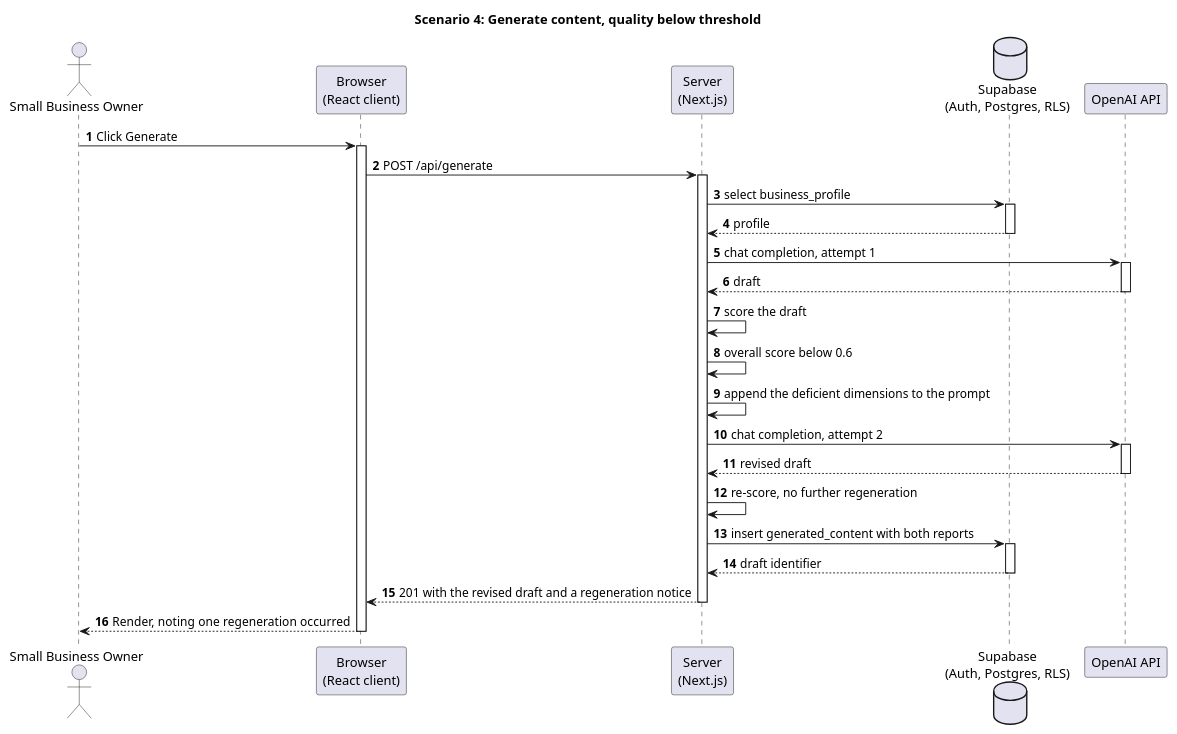
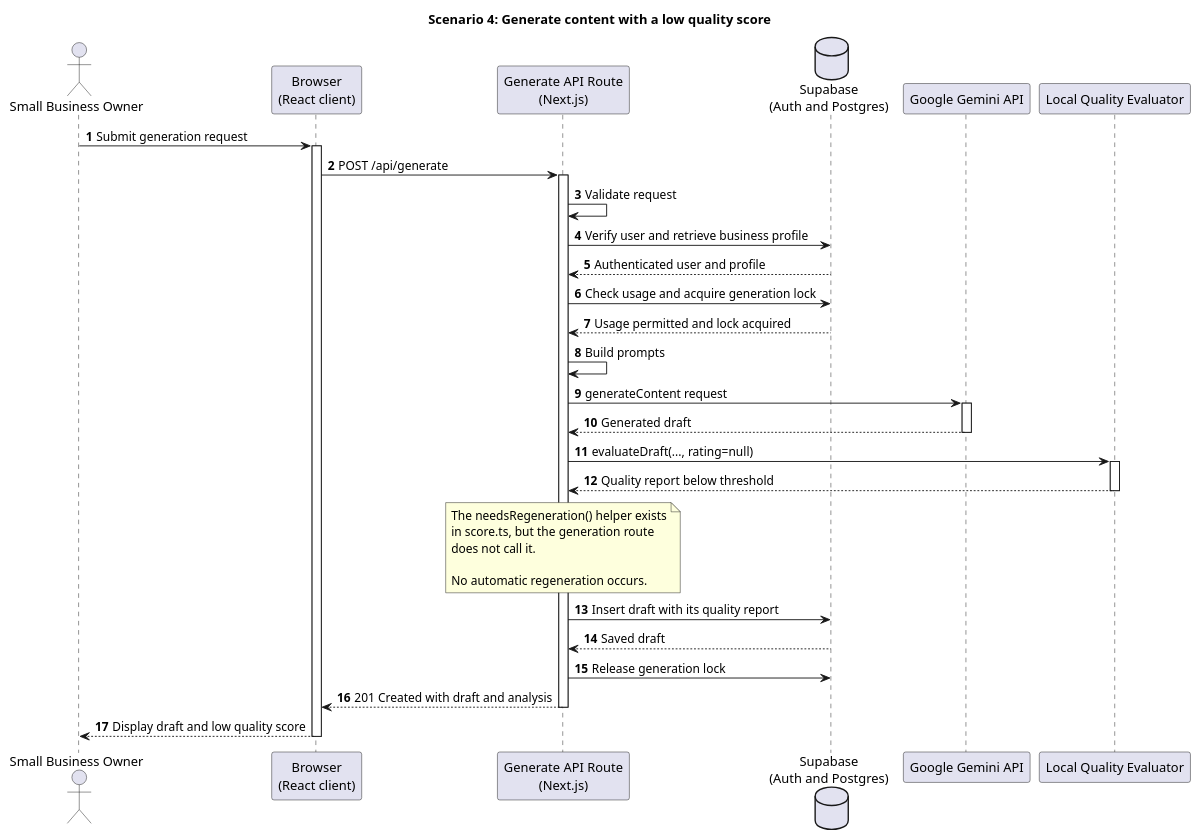
Before and after one commit to sub0xdai/vic-uni-capstone: the fourth of 5 diagrams in docs/sections/05-sequence-diagrams.md, drawn with PlantUML. The commit also changed other lines of this file and 7 other files, not shown here.

First line of the commit message:
docs: correct and render sequence diagrams (G1)

````diff
--- a/docs/sections/05-sequence-diagrams.md
+++ b/docs/sections/05-sequence-diagrams.md
@@ -165,47 +189,55 @@
 ```plantuml
 @startuml
-title Scenario 4: Generate content, quality below threshold
+title Scenario 4: Generate content with a low quality score
 autonumber
 
-actor       "Small Business Owner"            as User
-participant "Browser\n(React client)"         as Browser
-participant "Server\n(Next.js)"               as Server
-database    "Supabase\n(Auth, Postgres, RLS)" as Supabase
-participant "OpenAI API"                      as OpenAI
+actor "Small Business Owner" as User
+participant "Browser\n(React client)" as Browser
+participant "Generate API Route\n(Next.js)" as Server
+database "Supabase\n(Auth and Postgres)" as DB
+participant "Google Gemini API" as Gemini
+participant "Local Quality Evaluator" as Evaluator
 
-User    -> Browser : Click Generate
+User -> Browser: Submit generation request
 activate Browser
-Browser -> Server  : POST /api/generate
+Browser -> Server: POST /api/generate
 activate Server
 
-Server  -> Supabase : select business_profile
-activate Supabase
-Supabase --> Server : profile
-deactivate Supabase
-Server  -> OpenAI   : chat completion, attempt 1
-activate OpenAI
-OpenAI  --> Server  : draft
-deactivate OpenAI
+Server -> Server: Validate request
+Server -> DB: Verify user and retrieve business profile
+DB --> Server: Authenticated user and profile
 
-Server  -> Server   : score the draft
-Server  -> Server   : overall score below 0.6
-Server  -> Server   : append the deficient dimensions to the prompt
+Server -> DB: Check usage and acquire generation lock
+DB --> Server: Usage permitted and lock acquired
 
-Server  -> OpenAI   : chat completion, attempt 2
-activate OpenAI
-OpenAI  --> Server  : revised draft
-deactivate OpenAI
-Server  -> Server   : re-score, no further regeneration
+Server -> Server: Build prompts
+Server -> Gemini: generateContent request
+activate Gemini
+Gemini --> Server: Generated draft
+deactivate Gemini
 
-Server  -> Supabase : insert generated_content with both reports
-activate Supabase
-Supabase --> Server : draft identifier
-deactivate Supabase
+Server -> Evaluator: evaluateDraft(..., rating=null)
+activate Evaluator
+Evaluator --> Server: Quality report below threshold
+deactivate Evaluator
 
-Server  --> Browser : 201 with the revised draft and a regeneration notice
+note over Server
+The needsRegeneration() helper exists
+in score.ts, but the generation route
+does not call it.
+
+No automatic regeneration occurs.
+end note
+
+Server -> DB: Insert draft with its quality report
+DB --> Server: Saved draft
+
+Server -> DB: Release generation lock
+Server --> Browser: 201 Created with draft and analysis
 deactivate Server
-Browser --> User    : Render, noting one regeneration occurred
+
+Browser --> User: Display draft and low quality score
 deactivate Browser
 
 @enduml
 ```
````
